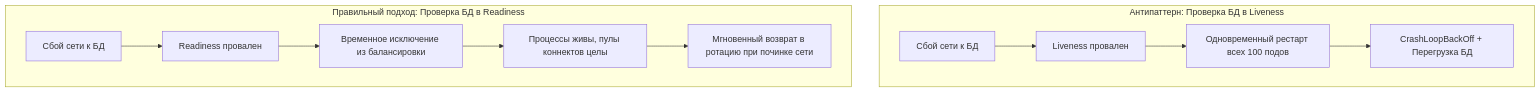
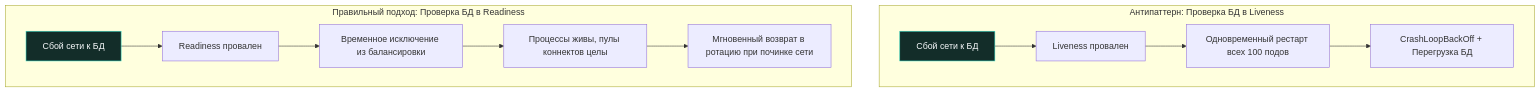
One commit to UnrealTemplier/go-textbook changed the second of 2 diagrams in sources/14. Распределенные системы на Go/05. Надежность/6. Health checks.md. Above: the diagram before and after it, drawn with Mermaid. The commit also changed other lines of this file and 1666 other files, not shown here.

First line of the commit message:
feat(mermaid): add semantic color classDef to 1369 colorless flowchart/graph diagrams

````diff
--- a/sources/14. Распределенные системы на Go/05. Надежность/6. Health checks.md
+++ b/sources/14. Распределенные системы на Go/05. Надежность/6. Health checks.md
@@ -179,15 +189,25 @@
 ```mermaid
 flowchart TD
+    classDef process  fill:#1e293b,stroke:#38bdf8,stroke-width:1px,color:#f8fafc
+    classDef success  fill:#064e3b,stroke:#34d399,stroke-width:1px,color:#f8fafc
+    classDef error    fill:#7f1d1d,stroke:#f87171,stroke-width:1px,color:#f8fafc
+    classDef warning  fill:#78350f,stroke:#fbbf24,stroke-width:1px,color:#f8fafc
+    classDef entry    fill:#1e3a5f,stroke:#38bdf8,stroke-width:2px,color:#f8fafc
+    classDef aux      fill:#334155,stroke:#64748b,stroke-width:1px,color:#f8fafc
+    classDef system   fill:#312e81,stroke:#a78bfa,stroke-width:1px,color:#f8fafc
+    classDef data     fill:#132d29,stroke:#2dd4bf,stroke-width:1px,color:#f8fafc
+    classDef network  fill:#881337,stroke:#fb7185,stroke-width:1px,color:#f8fafc
+    classDef accent   fill:#1e1b4b,stroke:#818cf8,stroke-width:1px,color:#f8fafc
     subgraph BadLiveness["Антипаттерн: Проверка БД в Liveness"]
-        NetFail1["Сбой сети к БД"] --> LFail["Liveness провален"]
+        NetFail1["Сбой сети к БД"]:::data --> LFail["Liveness провален"]
         LFail --> KillAll["Одновременный рестарт всех 100 подов"]
         KillAll --> CrashLoop["CrashLoopBackOff + Перегрузка БД"]
     end
 
     subgraph GoodReadiness["Правильный подход: Проверка БД в Readiness"]
-        NetFail2["Сбой сети к БД"] --> RFail["Readiness провален"]
+        NetFail2["Сбой сети к БД"]:::data --> RFail["Readiness провален"]
         RFail --> Delist["Временное исключение из балансировки"]
         Delist --> KeepAlive["Процессы живы, пулы коннектов целы"]
         KeepAlive --> Restore["Мгновенный возврат в ротацию при починке сети"]
     end
 ```
````
